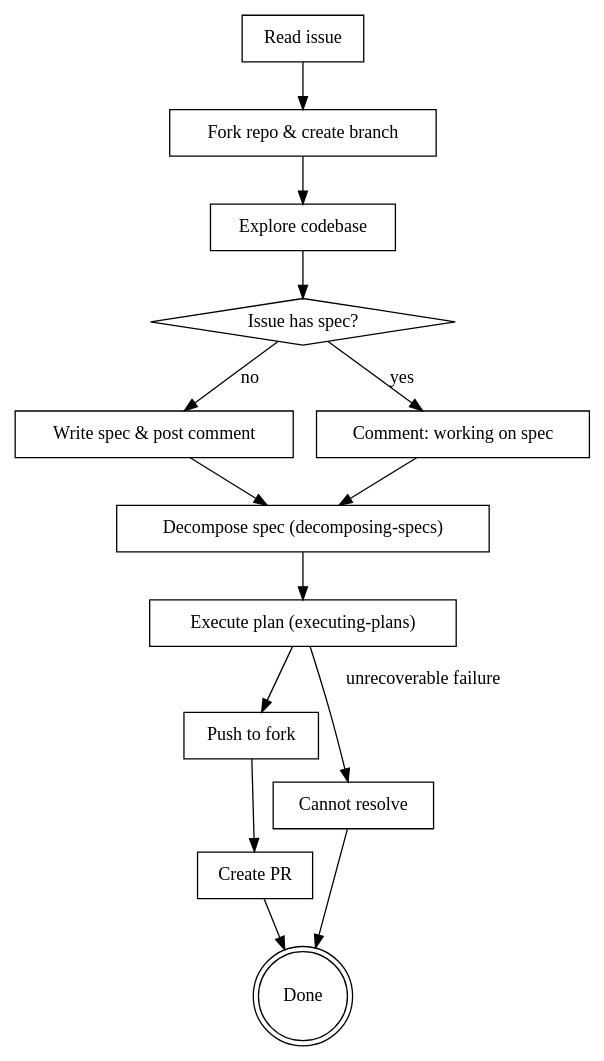
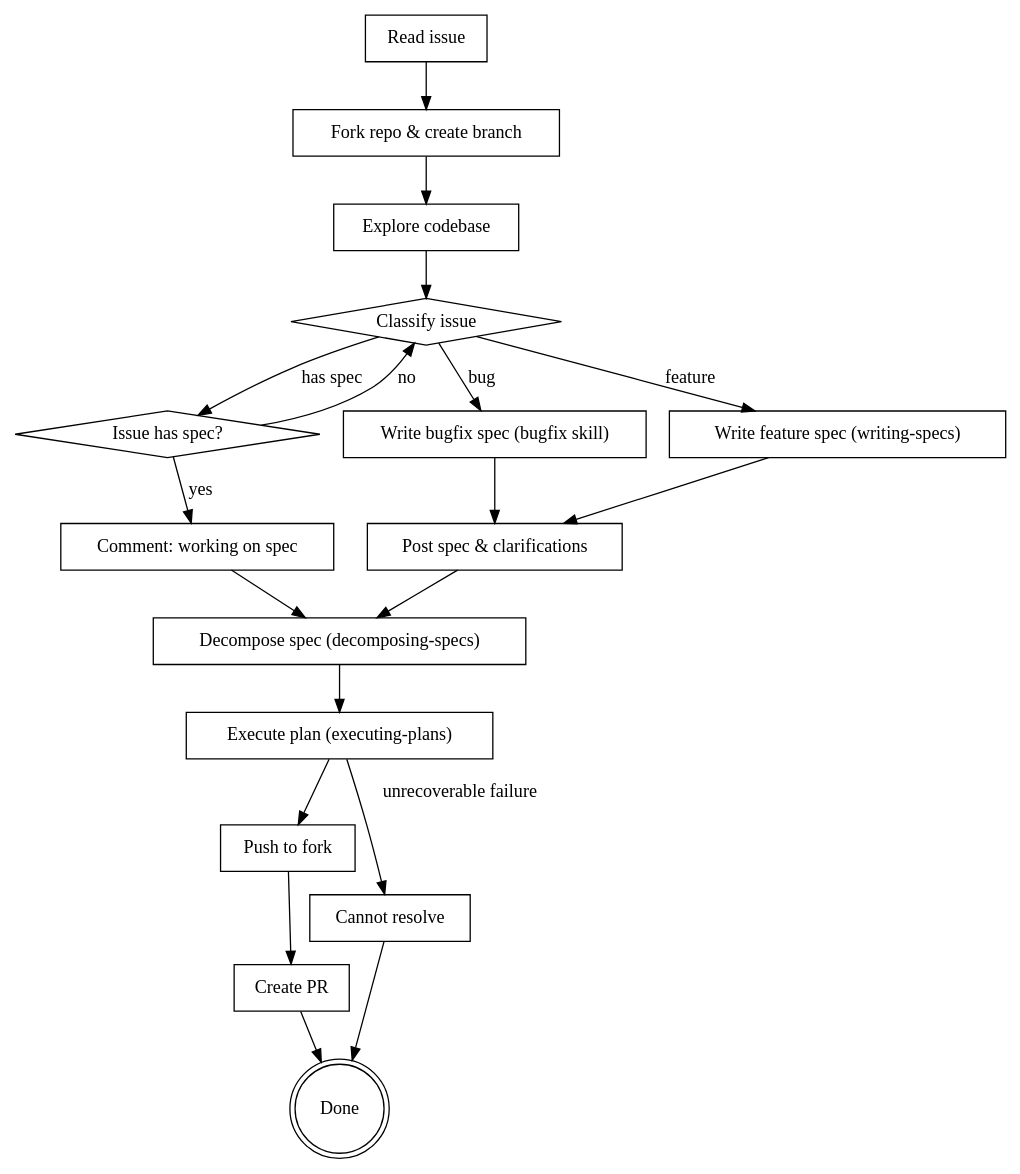
The diagram in skills/coder-task/SKILL.md (xmtplabs/code-factory), drawn with Graphviz before and after one commit. The commit also changed other lines of this file and 7 other files, not shown here.

````diff
--- a/skills/coder-task/SKILL.md
+++ b/skills/coder-task/SKILL.md
@@ -22,30 +22,38 @@
 ```dot
 digraph coder_task {
     "Read issue" [shape=box];
     "Fork repo & create branch" [shape=box];
     "Explore codebase" [shape=box];
+    "Classify issue" [shape=diamond];
     "Issue has spec?" [shape=diamond];
-    "Write spec & post comment" [shape=box];
+    "Write bugfix spec (bugfix skill)" [shape=box];
+    "Write feature spec (writing-specs)" [shape=box];
     "Comment: working on spec" [shape=box];
+    "Post spec & clarifications" [shape=box];
     "Decompose spec (decomposing-specs)" [shape=box];
     "Execute plan (executing-plans)" [shape=box];
     "Push to fork" [shape=box];
     "Create PR" [shape=box];
     "Done" [shape=doublecircle];
     "Cannot resolve" [shape=box];
 
     "Read issue" -> "Fork repo & create branch";
     "Fork repo & create branch" -> "Explore codebase";
-    "Explore codebase" -> "Issue has spec?";
+    "Explore codebase" -> "Classify issue";
+    "Classify issue" -> "Issue has spec?" [label="has spec"];
+    "Classify issue" -> "Write bugfix spec (bugfix skill)" [label="bug"];
+    "Classify issue" -> "Write feature spec (writing-specs)" [label="feature"];
     "Issue has spec?" -> "Comment: working on spec" [label="yes"];
-    "Issue has spec?" -> "Write spec & post comment" [label="no"];
-    "Write spec & post comment" -> "Decompose spec (decomposing-specs)";
+    "Issue has spec?" -> "Classify issue" [label="no"];
+    "Write bugfix spec (bugfix skill)" -> "Post spec & clarifications";
+    "Write feature spec (writing-specs)" -> "Post spec & clarifications";
     "Comment: working on spec" -> "Decompose spec (decomposing-specs)";
+    "Post spec & clarifications" -> "Decompose spec (decomposing-specs)";
     "Decompose spec (decomposing-specs)" -> "Execute plan (executing-plans)";
     "Execute plan (executing-plans)" -> "Push to fork";
     "Push to fork" -> "Create PR";
     "Create PR" -> "Done";
     "Execute plan (executing-plans)" -> "Cannot resolve" [label="unrecoverable failure"];
     "Cannot resolve" -> "Done";
 }
 ```
````
